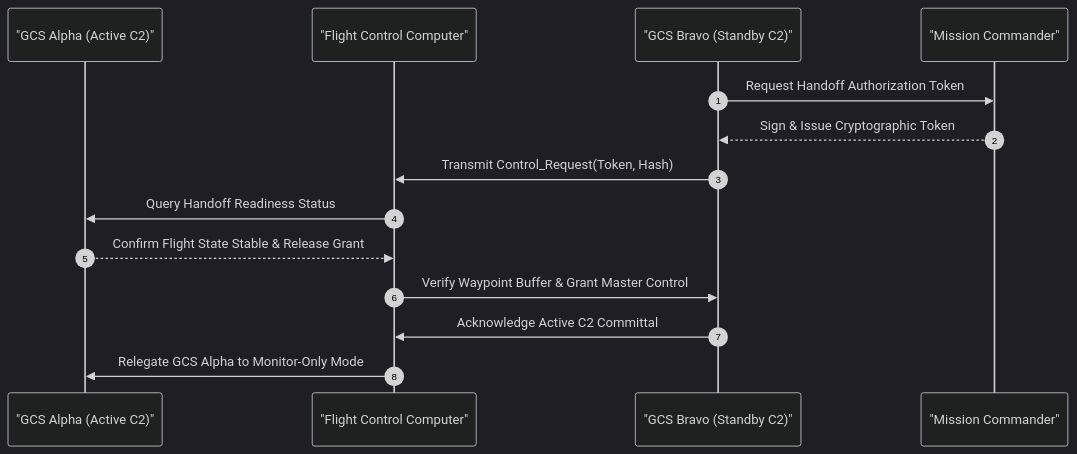
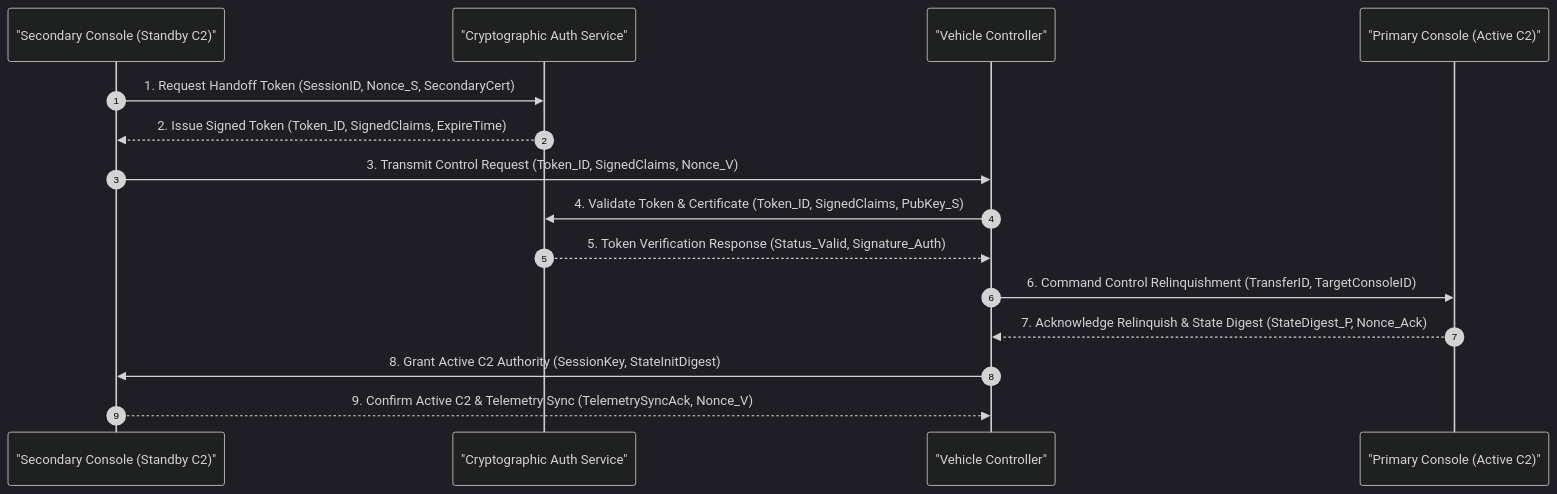
Before and after one commit to gintatkinson/uav-13: the diagram in skills/spec-conops-engineering/resources/units/conops/04_USER_CLASSES_AND_STAKEHOLDERS.md, drawn with Mermaid (dark theme). The commit also changed other lines of this file and 128 other files, not shown here.

````diff
--- a/skills/spec-conops-engineering/resources/units/conops/04_USER_CLASSES_AND_STAKEHOLDERS.md
+++ b/skills/spec-conops-engineering/resources/units/conops/04_USER_CLASSES_AND_STAKEHOLDERS.md
@@ -45,17 +117,18 @@
 ```mermaid
 sequenceDiagram
     autonumber
-    participant GCS_A as "GCS Alpha (Active C2)"
-    participant FCC as "Flight Control Computer"
-    participant GCS_B as "GCS Bravo (Standby C2)"
-    participant MC as "Mission Commander"
+    participant SecondaryConsole as "Secondary Console (Standby C2)"
+    participant CryptographicAuthService as "Cryptographic Auth Service"
+    participant VehicleController as "Vehicle Controller"
+    participant PrimaryConsole as "Primary Console (Active C2)"
 
-    GCS_B->>MC: Request Handoff Authorization Token
-    MC-->>GCS_B: Sign & Issue Cryptographic Token
-    GCS_B->>FCC: Transmit Control_Request(Token, Hash)
-    FCC->>GCS_A: Query Handoff Readiness Status
-    GCS_A-->>FCC: Confirm Flight State Stable & Release Grant
-    FCC->>GCS_B: Verify Waypoint Buffer & Grant Master Control
-    GCS_B->>FCC: Acknowledge Active C2 Committal
-    FCC->>GCS_A: Relegate GCS Alpha to Monitor-Only Mode
+    SecondaryConsole->>CryptographicAuthService: 1. Request Handoff Token (SessionID, Nonce_S, SecondaryCert)
+    CryptographicAuthService-->>SecondaryConsole: 2. Issue Signed Token (Token_ID, SignedClaims, ExpireTime)
+    SecondaryConsole->>VehicleController: 3. Transmit Control Request (Token_ID, SignedClaims, Nonce_V)
+    VehicleController->>CryptographicAuthService: 4. Validate Token & Certificate (Token_ID, SignedClaims, PubKey_S)
+    CryptographicAuthService-->>VehicleController: 5. Token Verification Response (Status_Valid, Signature_Auth)
+    VehicleController->>PrimaryConsole: 6. Command Control Relinquishment (TransferID, TargetConsoleID)
+    PrimaryConsole-->>VehicleController: 7. Acknowledge Relinquish & State Digest (StateDigest_P, Nonce_Ack)
+    VehicleController->>SecondaryConsole: 8. Grant Active C2 Authority (SessionKey, StateInitDigest)
+    SecondaryConsole-->>VehicleController: 9. Confirm Active C2 & Telemetry Sync (TelemetrySyncAck, Nonce_V)
 ```
````
